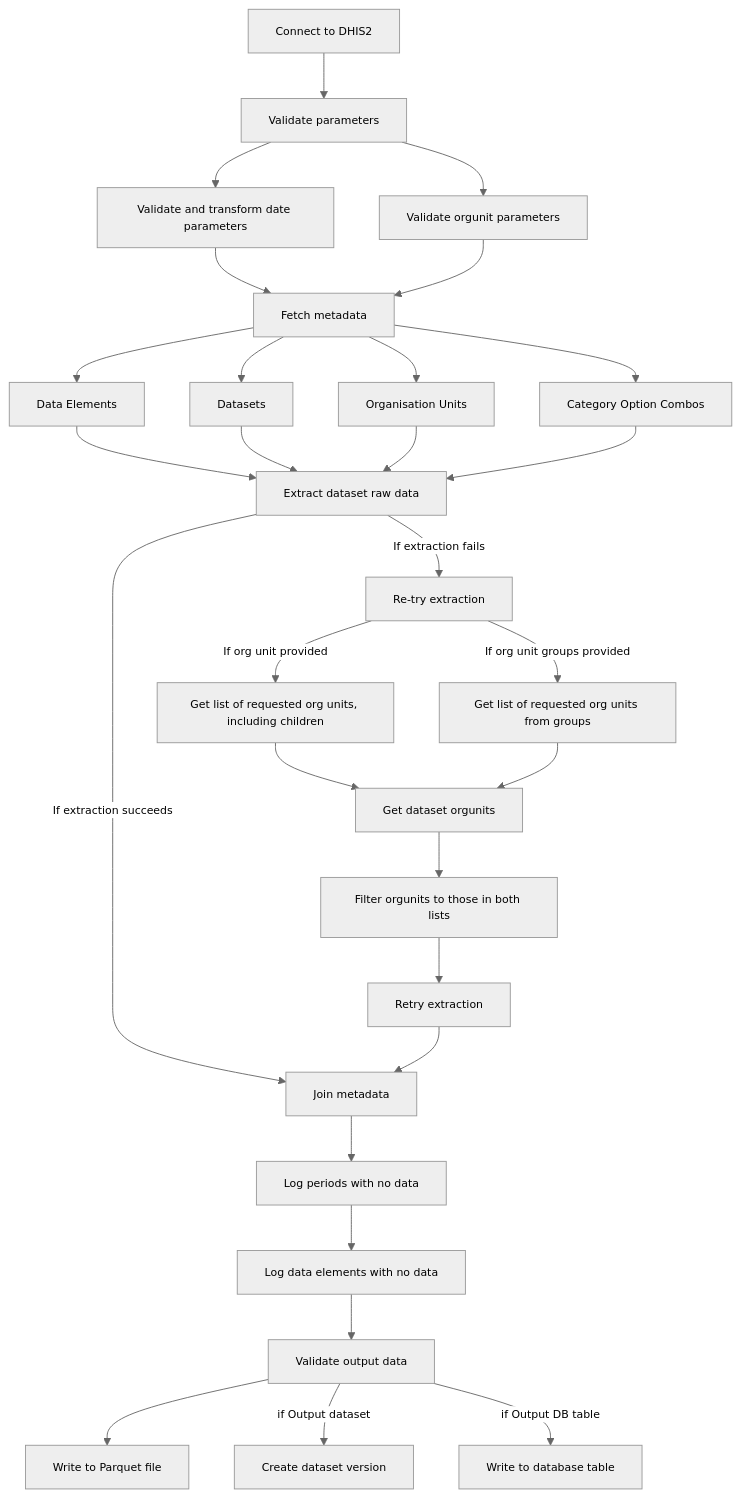
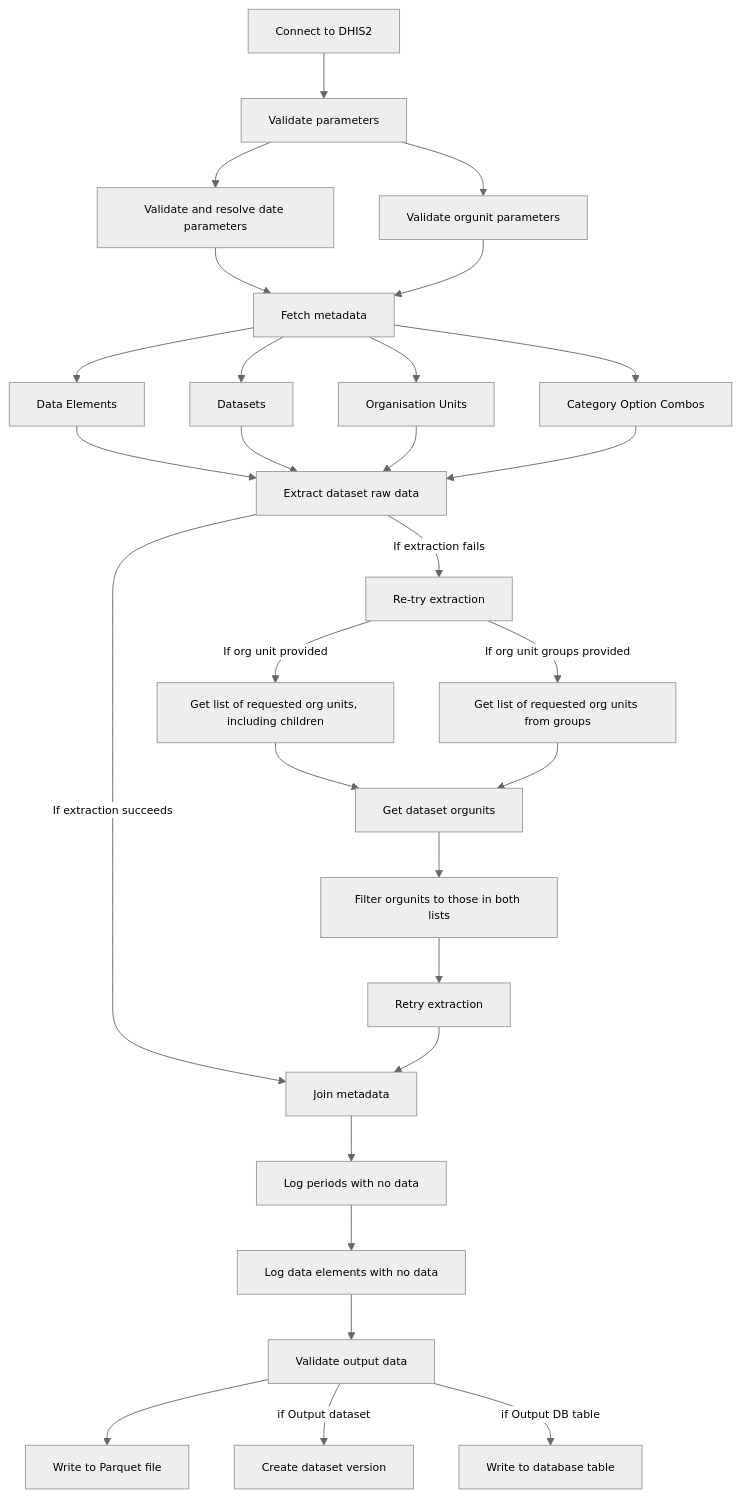
The diagram in dhis2_extract_dataset/README.md (BLSQ/openhexa-templates-ds), drawn with Mermaid before and after one commit. The commit also changed other lines of this file and 8 other files, not shown here.

````diff
--- a/dhis2_extract_dataset/README.md
+++ b/dhis2_extract_dataset/README.md
@@ -97,41 +98,41 @@
 ```mermaid
 %%{init: 
 {
   "theme": "neutral",
   "themeVariables": {
     "fontFamily": "Barlow",
     "fontSize": "12px"
  }
 }
 }%%
 flowchart TD
     A[Connect to DHIS2]
     A --> B[Validate parameters]
-    B --> B1[Validate and transform date parameters]
+    B --> B1[Validate and resolve date parameters]
     B --> B2[Validate orgunit parameters]
     B1 --> C[Fetch metadata]
     B2 --> C
     C --> C1[Data Elements]
     C --> C2[Datasets]
     C --> C3[Organisation Units]
     C --> C4[Category Option Combos]
     C1 --> D[Extract dataset raw data]
     C2 --> D
     C3 --> D
     C4 --> D
     D -- If extraction fails --> E[Re-try extraction]
     D -- If extraction succeeds --> J[Join metadata]
     E -- If org unit provided --> F1[Get list of requested org units, including children]
     E -- If org unit groups provided --> F2[Get list of requested org units from groups]
     F1 --> G[Get dataset orgunits]
     F2 --> G
     G --> H[Filter orgunits to those in both lists]
     H --> I[Retry extraction]
     I --> J
     J --> K[Log periods with no data]
     K --> L[Log data elements with no data]
     L --> M[Validate output data]
     M --> N[Write to Parquet file]  
     M -- if Output dataset --> O[Create dataset version]
     M -- if Output DB table --> P[Write to database table]
 ```
````
